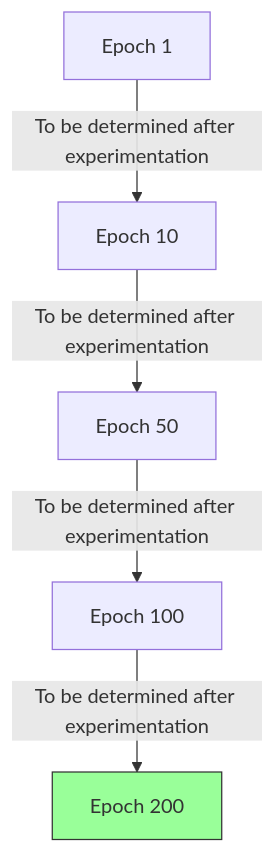
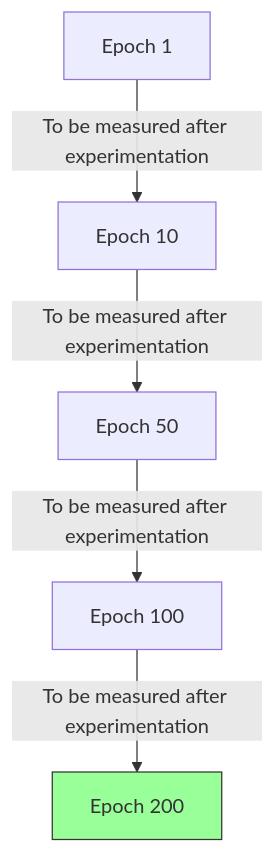
Before and after one commit to Evintkoo/2048-ml: the second of 6 diagrams in plan/08-Research-Report/01-IMRD/03-results.md, drawn with Mermaid. The commit also changed other lines of this file and 4 other files, not shown here.

````diff
--- a/plan/08-Research-Report/01-IMRD/03-results.md
+++ b/plan/08-Research-Report/01-IMRD/03-results.md
@@ -30,9 +30,9 @@
 ```mermaid
 graph TD
-    A[Epoch 1] -->|To be determined after experimentation| B[Epoch 10]
-    B -->|To be determined after experimentation| C[Epoch 50]
-    C -->|To be determined after experimentation| D[Epoch 100]
-    D -->|To be determined after experimentation| E[Epoch 200]
+    A[Epoch 1] -->|To be measured after experimentation| B[Epoch 10]
+    B -->|To be measured after experimentation| C[Epoch 50]
+    C -->|To be measured after experimentation| D[Epoch 100]
+    D -->|To be measured after experimentation| E[Epoch 200]
     
     style E fill:#9f9,stroke:#333
 ```
````
